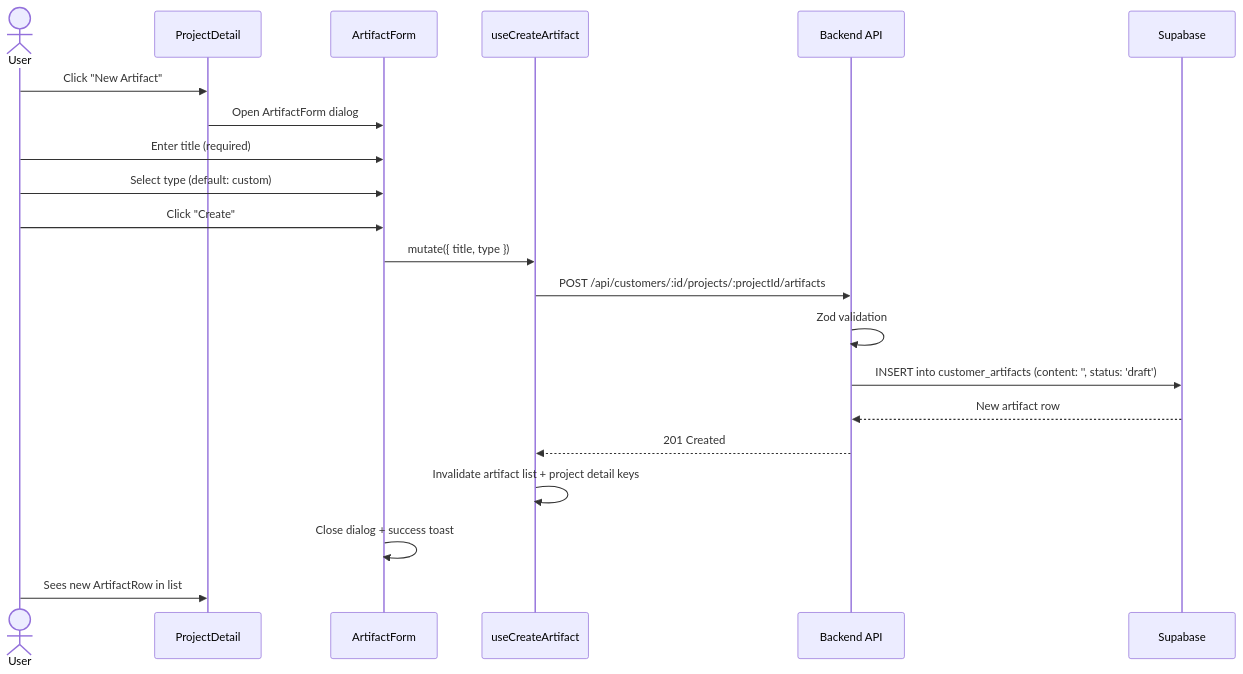
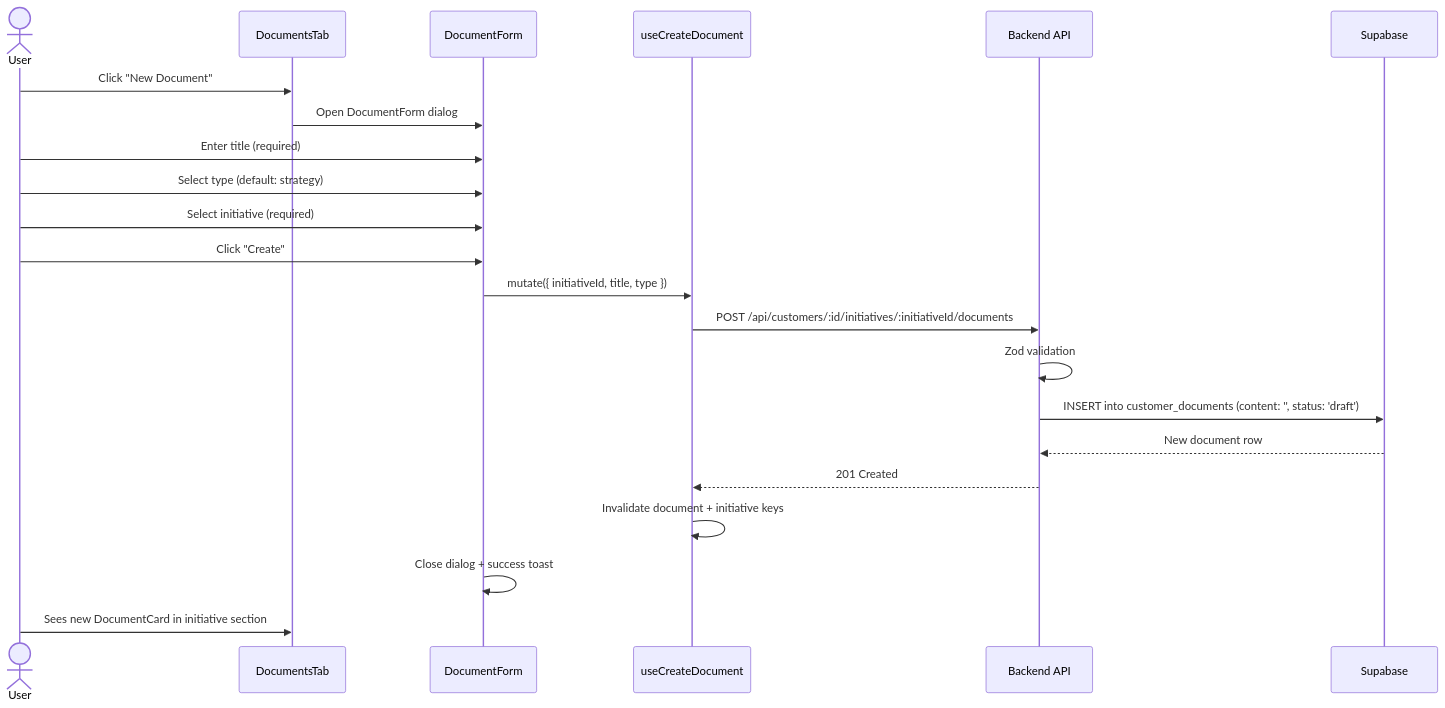
One commit to kobiagi-builder/nextup changed the fifth of 7 diagrams in docs/flows/customer-management-flow.md. Above: the diagram before and after it, drawn with Mermaid. The commit also changed other lines of this file and 159 other files, not shown here.

First line of the commit message:
feat: initiative-documents restructure, inline-style clipboard copy, chat copy button, document form UX fixes

````diff
--- a/docs/flows/customer-management-flow.md
+++ b/docs/flows/customer-management-flow.md
@@ -313,24 +311,25 @@
 ```mermaid
 sequenceDiagram
     actor User
-    participant Detail as ProjectDetail
-    participant Form as ArtifactForm
-    participant Hook as useCreateArtifact
+    participant Tab as DocumentsTab
+    participant Form as DocumentForm
+    participant Hook as useCreateDocument
     participant API as Backend API
     participant DB as Supabase
 
-    User->>Detail: Click "New Artifact"
-    Detail->>Form: Open ArtifactForm dialog
+    User->>Tab: Click "New Document"
+    Tab->>Form: Open DocumentForm dialog
     User->>Form: Enter title (required)
-    User->>Form: Select type (default: custom)
+    User->>Form: Select type (default: strategy)
+    User->>Form: Select initiative (required)
     User->>Form: Click "Create"
-    Form->>Hook: mutate({ title, type })
-    Hook->>API: POST /api/customers/:id/projects/:projectId/artifacts
+    Form->>Hook: mutate({ initiativeId, title, type })
+    Hook->>API: POST /api/customers/:id/initiatives/:initiativeId/documents
     API->>API: Zod validation
-    API->>DB: INSERT into customer_artifacts (content: '', status: 'draft')
-    DB-->>API: New artifact row
+    API->>DB: INSERT into customer_documents (content: '', status: 'draft')
+    DB-->>API: New document row
     API-->>Hook: 201 Created
-    Hook->>Hook: Invalidate artifact list + project detail keys
+    Hook->>Hook: Invalidate document + initiative keys
     Form->>Form: Close dialog + success toast
-    User->>Detail: Sees new ArtifactRow in list
+    User->>Tab: Sees new DocumentCard in initiative section
 ```
````
